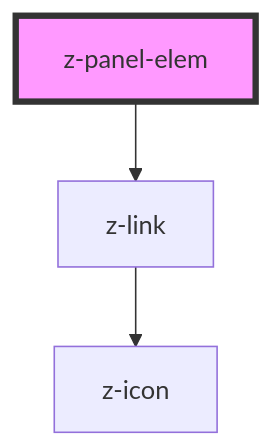
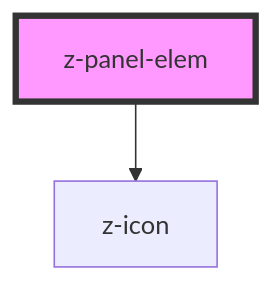
Before and after one commit to ZanichelliEditore/design-system: the diagram in src/components/panel/z-panel-elem/readme.md, drawn with Mermaid. The commit also changed other lines of this file and 3 other files, not shown here.

Commit message:
chore: change isdisabled control in z-panel-elem story

````diff
--- a/src/components/panel/z-panel-elem/readme.md
+++ b/src/components/panel/z-panel-elem/readme.md
@@ -63,6 +63,5 @@
 ```mermaid
 graph TD;
-  z-panel-elem --> z-link
-  z-link --> z-icon
+  z-panel-elem --> z-icon
   style z-panel-elem fill:#f9f,stroke:#333,stroke-width:4px
 ```
````
